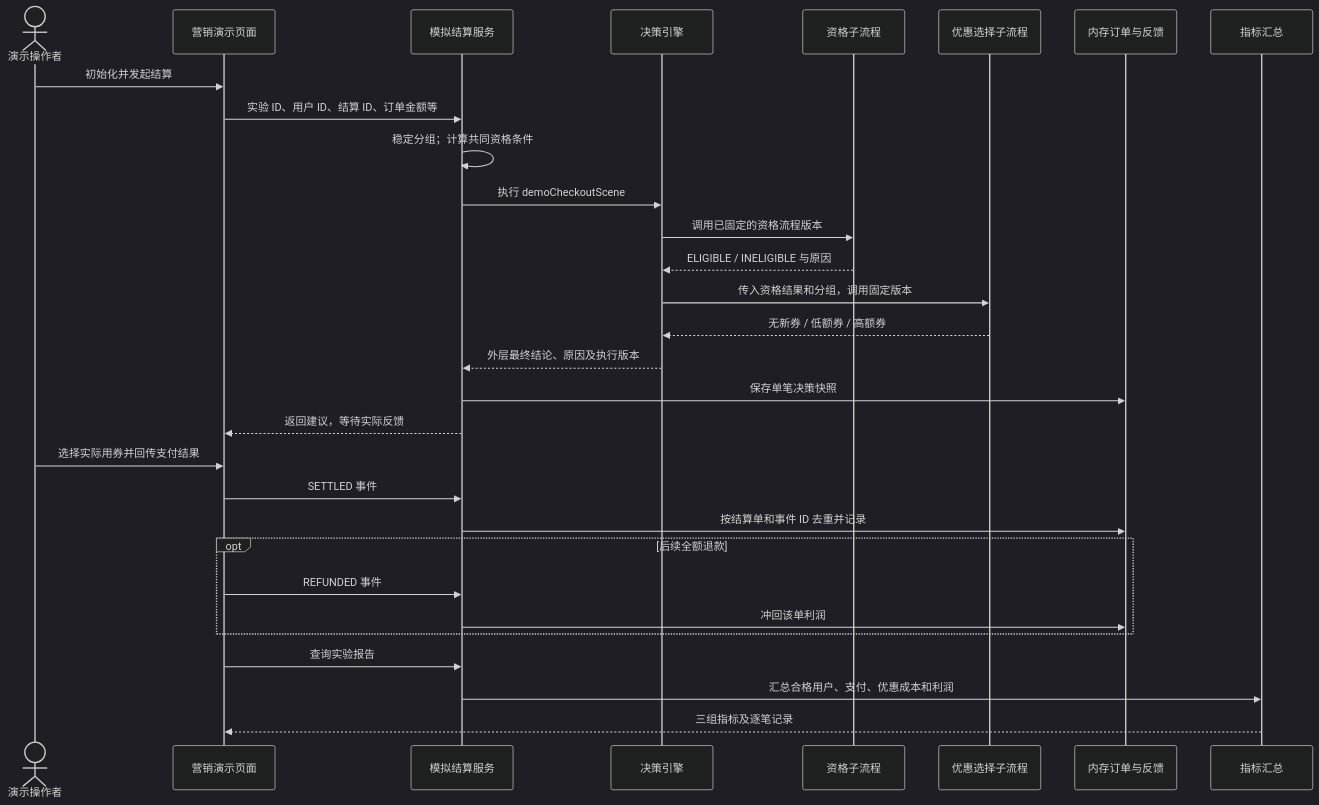
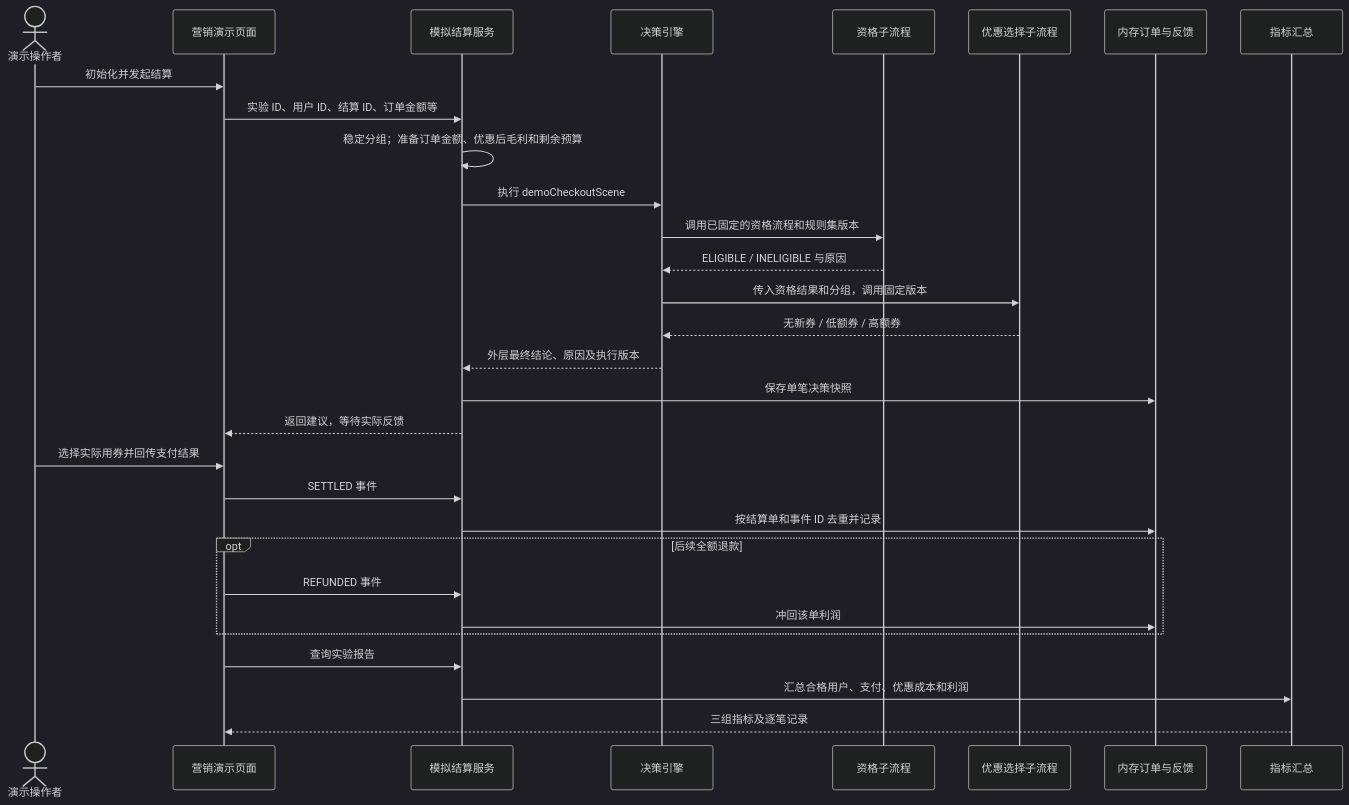
One commit to liyongkanger/risk-control-decision changed the second of 2 diagrams in docs/marketing-demo-closed-loop.md. Above: the diagram before and after it, drawn with Mermaid (dark theme). The commit also changed other lines of this file and 142 other files, not shown here.

````diff
--- a/docs/marketing-demo-closed-loop.md
+++ b/docs/marketing-demo-closed-loop.md
@@ -37,34 +37,34 @@
 ```mermaid
 sequenceDiagram
     actor Operator as 演示操作者
     participant UI as 营销演示页面
     participant Demo as 模拟结算服务
     participant Engine as 决策引擎
     participant Eligibility as 资格子流程
     participant Selection as 优惠选择子流程
     participant Store as 内存订单与反馈
     participant Metrics as 指标汇总
 
     Operator->>UI: 初始化并发起结算
     UI->>Demo: 实验 ID、用户 ID、结算 ID、订单金额等
-    Demo->>Demo: 稳定分组；计算共同资格条件
+    Demo->>Demo: 稳定分组；准备订单金额、优惠后毛利和剩余预算
     Demo->>Engine: 执行 demoCheckoutScene
-    Engine->>Eligibility: 调用已固定的资格流程版本
+    Engine->>Eligibility: 调用已固定的资格流程和规则集版本
     Eligibility-->>Engine: ELIGIBLE / INELIGIBLE 与原因
     Engine->>Selection: 传入资格结果和分组，调用固定版本
     Selection-->>Engine: 无新券 / 低额券 / 高额券
     Engine-->>Demo: 外层最终结论、原因及执行版本
     Demo->>Store: 保存单笔决策快照
     Demo-->>UI: 返回建议，等待实际反馈
 
     Operator->>UI: 选择实际用券并回传支付结果
     UI->>Demo: SETTLED 事件
     Demo->>Store: 按结算单和事件 ID 去重并记录
     opt 后续全额退款
         UI->>Demo: REFUNDED 事件
         Demo->>Store: 冲回该单利润
     end
     UI->>Demo: 查询实验报告
     Demo->>Metrics: 汇总合格用户、支付、优惠成本和利润
     Metrics-->>UI: 三组指标及逐笔记录
 ```
````
